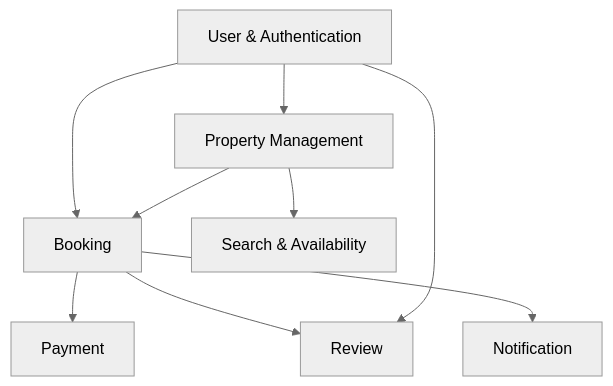
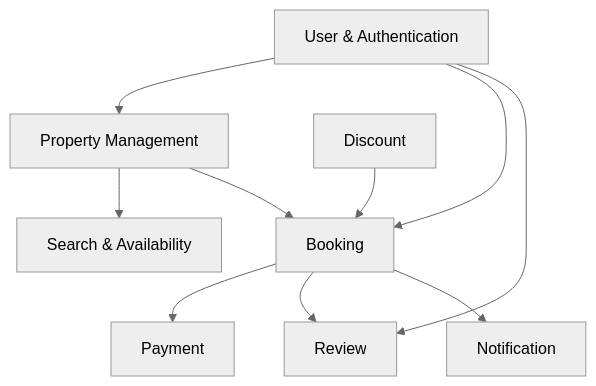
The diagram in docs/database/1_DomainOverview.md (apase95/StayHub), drawn with Mermaid (neutral theme) before and after one commit. The commit also changed other lines of this file and 13 other files, not shown here.

````diff
--- a/docs/database/1_DomainOverview.md
+++ b/docs/database/1_DomainOverview.md
@@ -1,19 +1,21 @@
 ```mermaid
 flowchart TB
     U[User & Authentication]
     P[Property Management]
     B[Booking]
     PAY[Payment]
+    D[Discount]
     R[Review]
     S[Search & Availability]
     N[Notification]
 
     U --> P
     U --> B
     P --> S
     P --> B
+    D --> B
     B --> PAY
     B --> R
     U --> R
     B --> N
 ```
````
